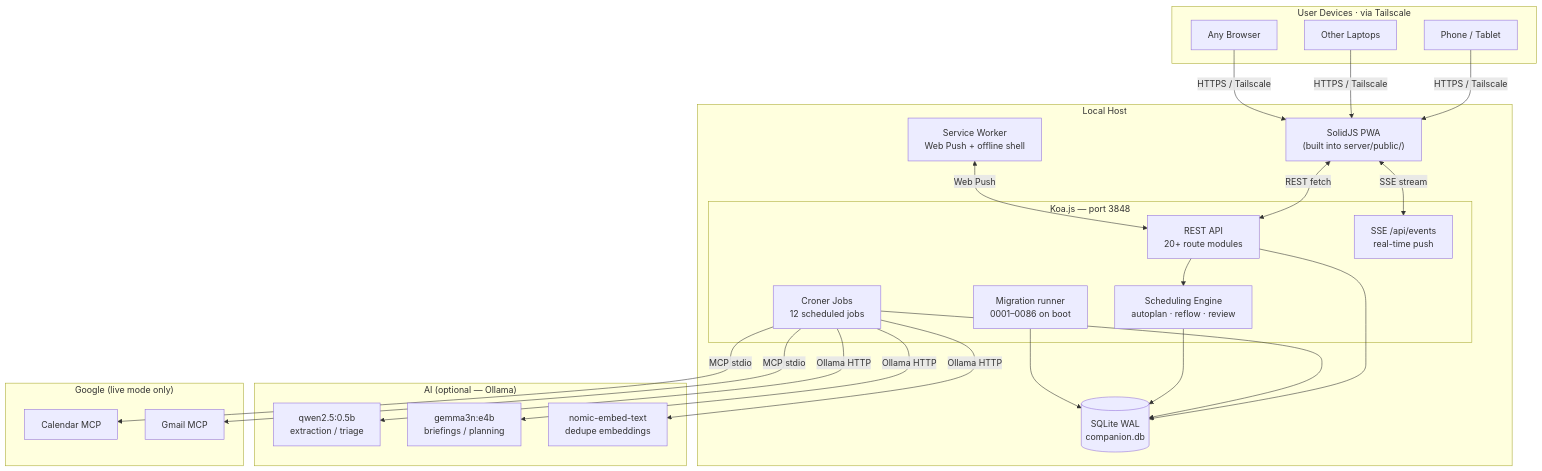
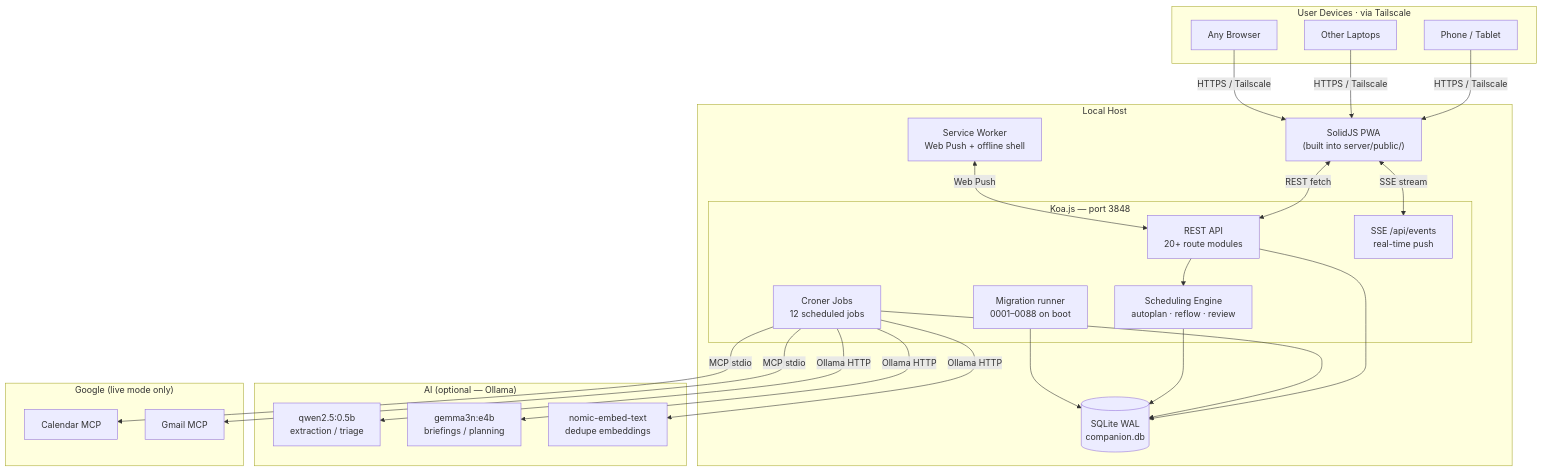
The first of 6 diagrams in ARCHITECTURE.md (companionintelligence/CI-Planning), drawn with Mermaid before and after one commit. The commit also changed other lines of this file and 2 other files, not shown here.

First line of the commit message:
docs: reflect FOCUS card, objective sync, and migration head 0088

````diff
--- a/ARCHITECTURE.md
+++ b/ARCHITECTURE.md
@@ -38,49 +38,49 @@
 ```mermaid
 graph TB
     subgraph Devices["User Devices · via Tailscale"]
         Phone["Phone / Tablet"]
         Laptop["Other Laptops"]
         Browser["Any Browser"]
     end
 
     subgraph Host["Local Host"]
         subgraph Koa["Koa.js — port 3848"]
             API["REST API<br/>20+ route modules"]
             SSE["SSE /api/events<br/>real-time push"]
             Engine["Scheduling Engine<br/>autoplan · reflow · review"]
             Cron["Croner Jobs<br/>12 scheduled jobs"]
-            Migrate["Migration runner<br/>0001–0086 on boot"]
+            Migrate["Migration runner<br/>0001–0088 on boot"]
         end
         FE["SolidJS PWA<br/>(built into server/public/)"]
         SW["Service Worker<br/>Web Push + offline shell"]
         DB[("SQLite WAL<br/>companion.db")]
     end
 
     subgraph AI["AI (optional — Ollama)"]
         Small["qwen2.5:0.5b<br/>extraction / triage"]
         Medium["gemma3n:e4b<br/>briefings / planning"]
         Embed["nomic-embed-text<br/>dedupe embeddings"]
     end
 
     subgraph Google["Google (live mode only)"]
         GCal["Calendar MCP"]
         Gmail["Gmail MCP"]
     end
 
     Phone -->|HTTPS / Tailscale| FE
     Laptop -->|HTTPS / Tailscale| FE
     Browser -->|HTTPS / Tailscale| FE
     FE <-->|REST fetch| API
     FE <-->|SSE stream| SSE
     SW <-->|Web Push| API
     API --> Engine
     API --> DB
     Cron --> DB
     Cron -->|Ollama HTTP| Small
     Cron -->|Ollama HTTP| Medium
     Cron -->|Ollama HTTP| Embed
     Cron -->|MCP stdio| GCal
     Cron -->|MCP stdio| Gmail
     Engine --> DB
     Migrate --> DB
 ```
````
